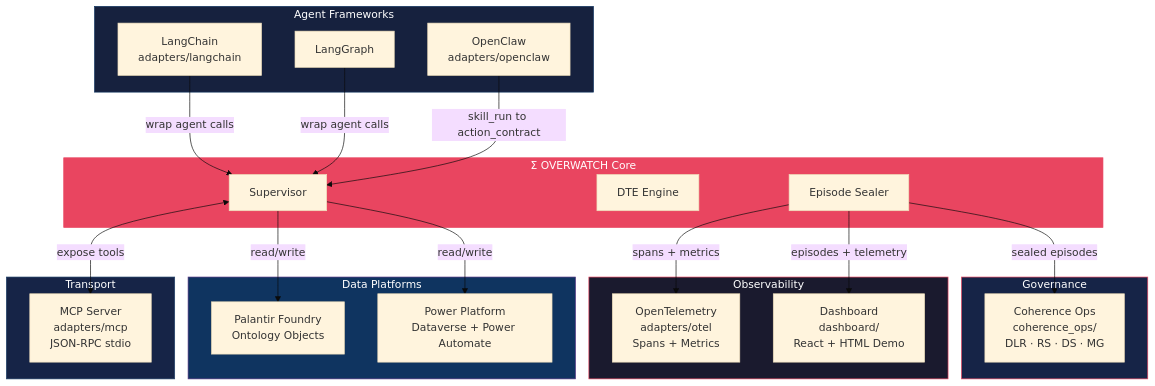
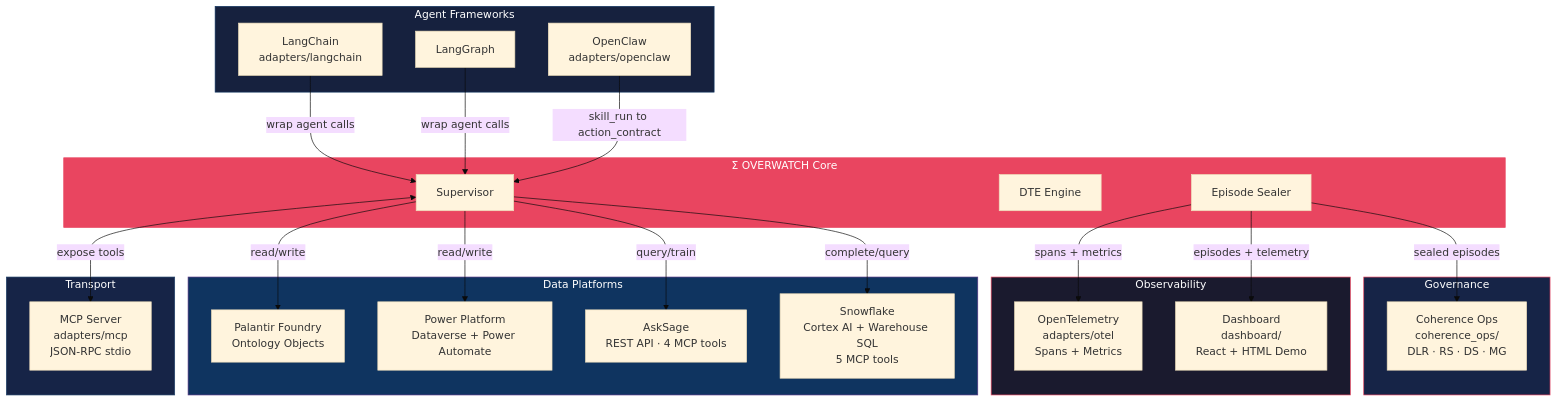
One commit to 8ryanWh1t3/DeepSigma changed the first of 2 diagrams in mermaid/10-integration-map.md. Above: the diagram before and after it, drawn with Mermaid (base theme). The commit also changed 62 other files, not shown here.

````diff
--- a/mermaid/10-integration-map.md
+++ b/mermaid/10-integration-map.md
@@ -5,53 +5,57 @@
 ```mermaid
 graph TB
     subgraph Core["Σ OVERWATCH Core"]
         SUP[Supervisor]
         DTE[DTE Engine]
         SEAL[Episode Sealer]
     end
 
     subgraph AgentFrameworks["Agent Frameworks"]
         LC[LangChain<br/>adapters/langchain]
         LG[LangGraph]
         OCLAW[OpenClaw<br/>adapters/openclaw]
     end
 
     subgraph Transport["Transport"]
         MCPS[MCP Server<br/>adapters/mcp<br/>JSON-RPC stdio]
     end
 
     subgraph Observability["Observability"]
         OTEL[OpenTelemetry<br/>adapters/otel<br/>Spans + Metrics]
         DASH[Dashboard<br/>dashboard/<br/>React + HTML Demo]
     end
 
     subgraph DataPlatforms["Data Platforms"]
         FOUNDRY[Palantir Foundry<br/>Ontology Objects]
         POWER[Power Platform<br/>Dataverse + Power Automate]
+        SAGE[AskSage<br/>REST API · 4 MCP tools]
+        SNOW[Snowflake<br/>Cortex AI + Warehouse SQL<br/>5 MCP tools]
     end
 
     subgraph Governance["Governance"]
         COHOPS[Coherence Ops<br/>coherence_ops/<br/>DLR · RS · DS · MG]
     end
 
     LC -->|wrap agent calls| SUP
     LG -->|wrap agent calls| SUP
     OCLAW -->|skill_run to action_contract| SUP
 
     SUP <-->|expose tools| MCPS
 
     SEAL -->|spans + metrics| OTEL
     SEAL -->|episodes + telemetry| DASH
 
     SUP -->|read/write| FOUNDRY
     SUP -->|read/write| POWER
+    SUP -->|query/train| SAGE
+    SUP -->|complete/query| SNOW
 
     SEAL -->|sealed episodes| COHOPS
 
     style Core fill:#e94560,stroke:#e94560,color:#fff
     style AgentFrameworks fill:#16213e,stroke:#0f3460,color:#fff
     style Transport fill:#162447,stroke:#1f4068,color:#fff
     style Observability fill:#1a1a2e,stroke:#e94560,color:#fff
     style DataPlatforms fill:#0f3460,stroke:#533483,color:#fff
     style Governance fill:#162447,stroke:#e94560,color:#fff
 ```
````
